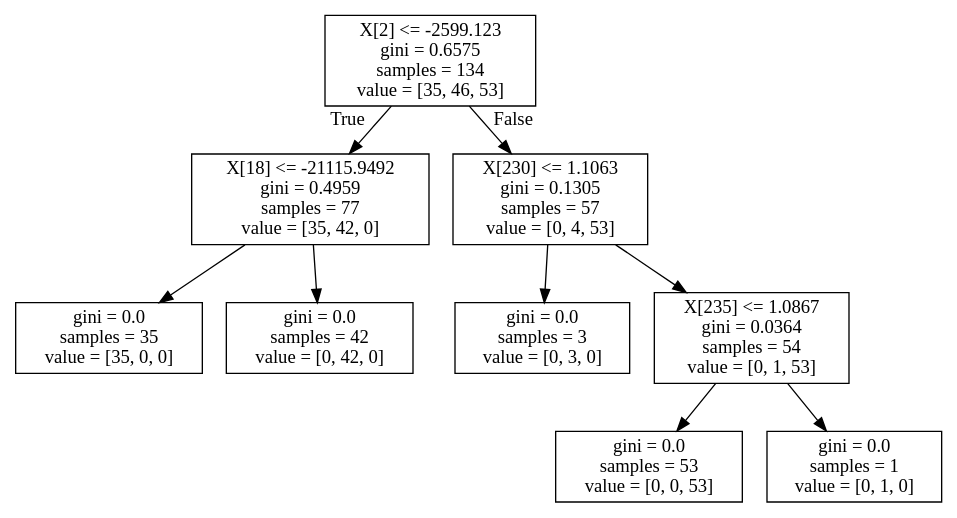
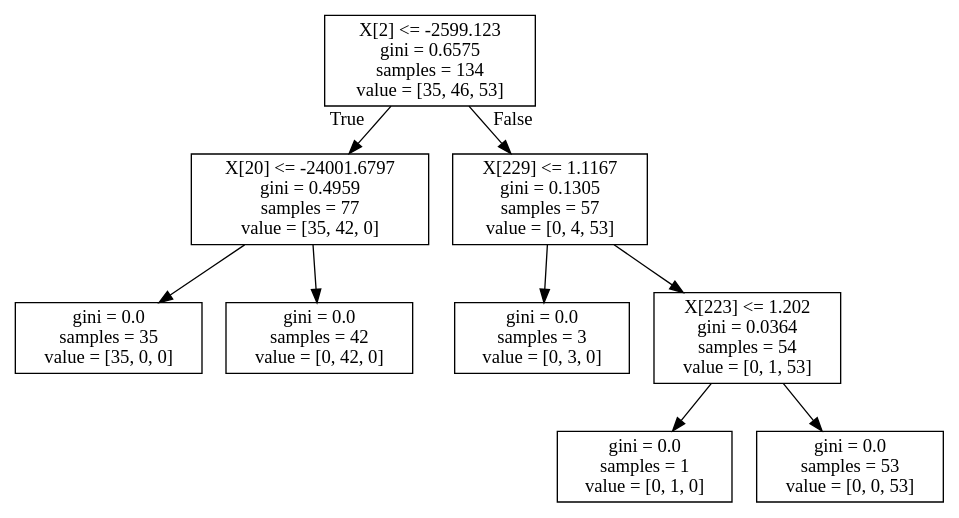
Before and after one commit to dog-vocalization/dog-vocalization: the diagram in image_files/tree.dot, drawn with Graphviz. The commit also changed 2 other files, not shown here.

```diff
--- a/image_files/tree.dot
+++ b/image_files/tree.dot
@@ -1,20 +1,20 @@
 digraph Tree {
 node [shape=box] ;
 0 [label="X[2] <= -2599.123\ngini = 0.6575\nsamples = 134\nvalue = [35, 46, 53]"] ;
-1 [label="X[18] <= -21115.9492\ngini = 0.4959\nsamples = 77\nvalue = [35, 42, 0]"] ;
+1 [label="X[20] <= -24001.6797\ngini = 0.4959\nsamples = 77\nvalue = [35, 42, 0]"] ;
 0 -> 1 [labeldistance=2.5, labelangle=45, headlabel="True"] ;
 2 [label="gini = 0.0\nsamples = 35\nvalue = [35, 0, 0]"] ;
 1 -> 2 ;
 3 [label="gini = 0.0\nsamples = 42\nvalue = [0, 42, 0]"] ;
 1 -> 3 ;
-4 [label="X[230] <= 1.1063\ngini = 0.1305\nsamples = 57\nvalue = [0, 4, 53]"] ;
+4 [label="X[229] <= 1.1167\ngini = 0.1305\nsamples = 57\nvalue = [0, 4, 53]"] ;
 0 -> 4 [labeldistance=2.5, labelangle=-45, headlabel="False"] ;
 5 [label="gini = 0.0\nsamples = 3\nvalue = [0, 3, 0]"] ;
 4 -> 5 ;
-6 [label="X[235] <= 1.0867\ngini = 0.0364\nsamples = 54\nvalue = [0, 1, 53]"] ;
+6 [label="X[223] <= 1.202\ngini = 0.0364\nsamples = 54\nvalue = [0, 1, 53]"] ;
 4 -> 6 ;
-7 [label="gini = 0.0\nsamples = 53\nvalue = [0, 0, 53]"] ;
+7 [label="gini = 0.0\nsamples = 1\nvalue = [0, 1, 0]"] ;
 6 -> 7 ;
-8 [label="gini = 0.0\nsamples = 1\nvalue = [0, 1, 0]"] ;
+8 [label="gini = 0.0\nsamples = 53\nvalue = [0, 0, 53]"] ;
 6 -> 8 ;
 }
```
